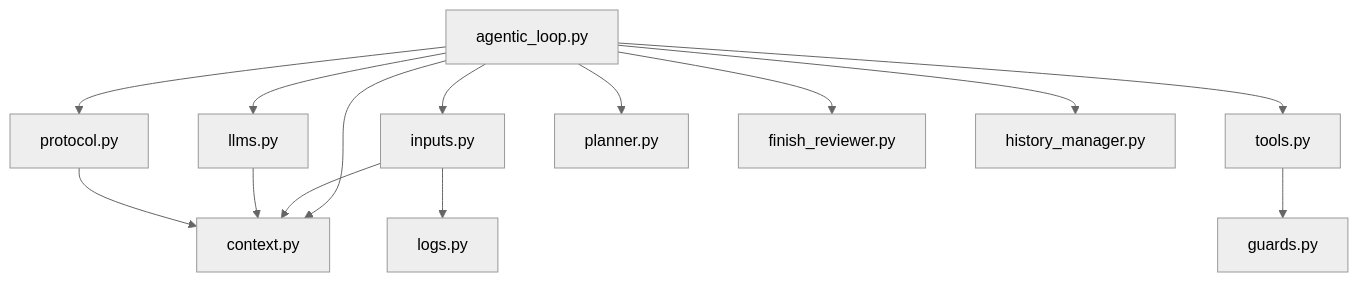
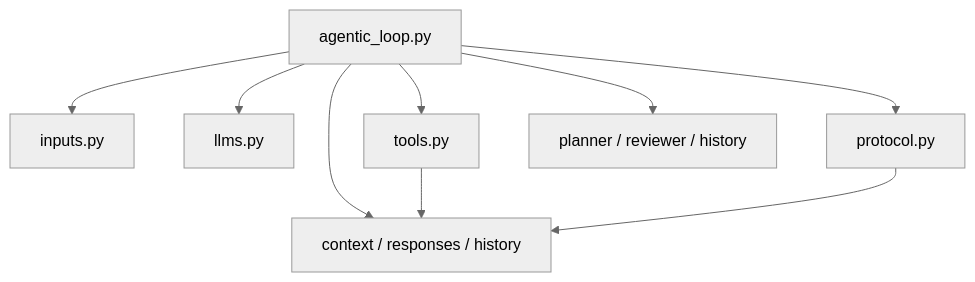
One commit to mtov/minixx changed the third of 3 diagrams in README.md. Above: the diagram before and after it, drawn with Mermaid (neutral theme).

Commit message:
docs: simplify README architecture diagram

````diff
--- a/README.md
+++ b/README.md
@@ -102,28 +102,19 @@
 ```mermaid
 flowchart TD
     A["agentic_loop.py"]
-    B["context.py"]
-    C["inputs.py"]
-    D["llms.py"]
-    E["protocol.py"]
-    F["tools.py"]
-    G["logs.py"]
-    H["guards.py"]
-    I["planner.py"]
-    J["finish_reviewer.py"]
-    K["history_manager.py"]
+    B["inputs.py"]
+    C["llms.py"]
+    D["protocol.py"]
+    E["tools.py"]
+    F["planner / reviewer / history"]
+    G["context / responses / history"]
 
     A --> B
     A --> C
     A --> D
     A --> E
     A --> F
-    A --> I
-    A --> J
-    A --> K
-    C --> B
-    C --> G
-    D --> B
-    E --> B
-    F --> H
+    A --> G
+    E --> G
+    D --> G
 ```
````
